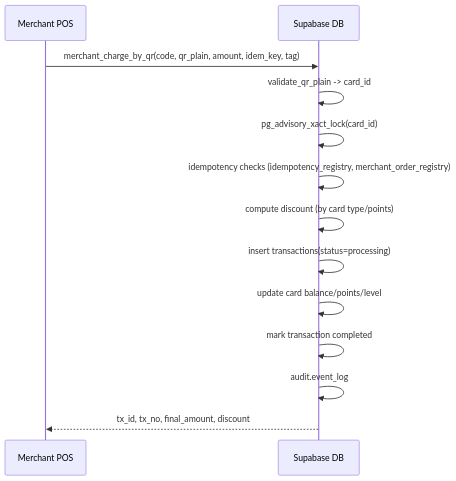
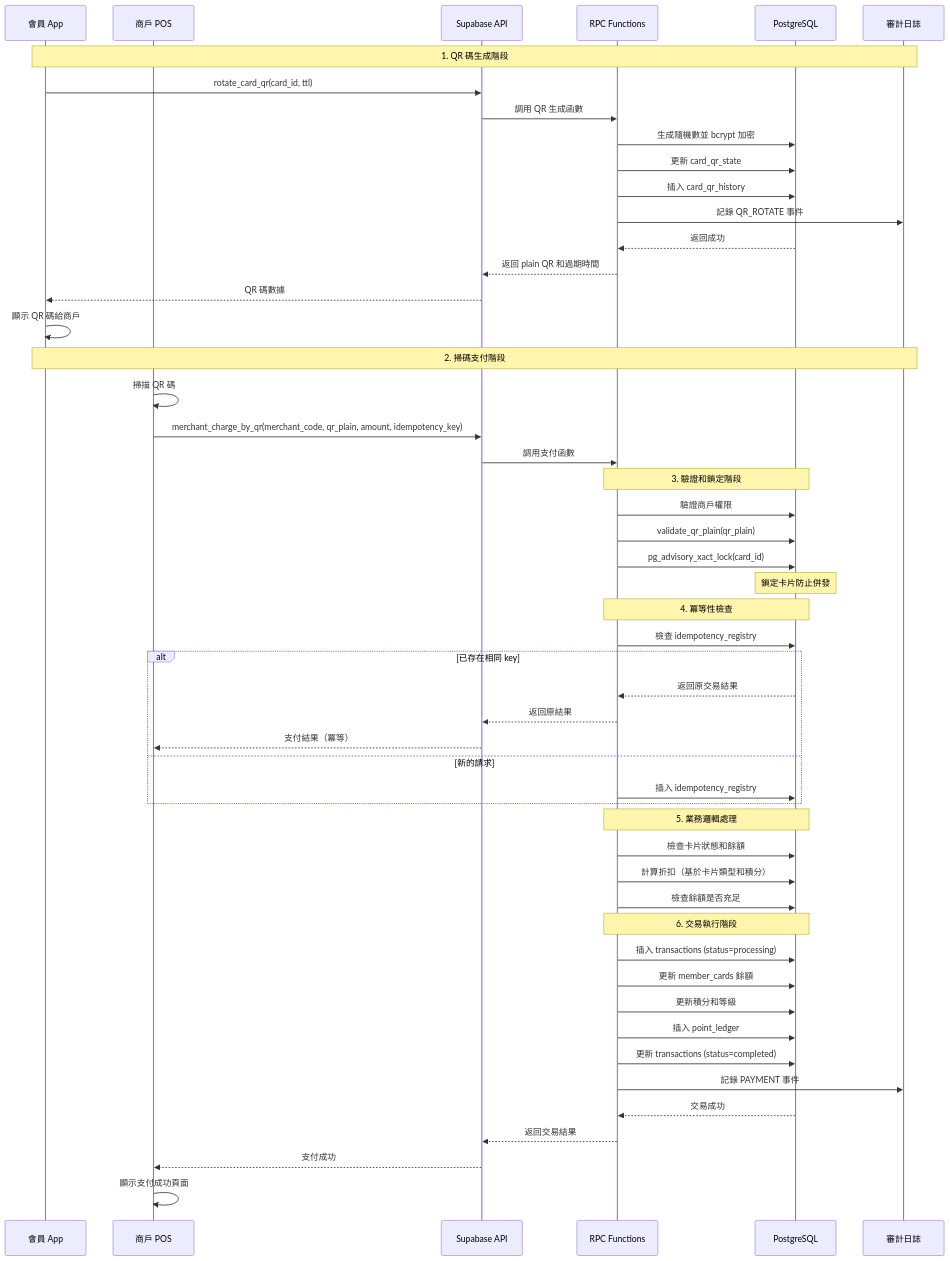
The fourth of 10 diagrams in docs/Architecture.md (superkevinyen/MemberPaymentSystem), drawn with Mermaid before and after one commit. The commit also changed other lines of this file and 10 other files, not shown here.

````diff
--- a/docs/Architecture.md
+++ b/docs/Architecture.md
@@ -63,16 +463,60 @@
 ```mermaid
 sequenceDiagram
-  participant POS as Merchant POS
-  participant DB as Supabase DB
-
-  POS->>DB: merchant_charge_by_qr(code, qr_plain, amount, idem_key, tag)
-  DB->>DB: validate_qr_plain -> card_id
-  DB->>DB: pg_advisory_xact_lock(card_id)
-  DB->>DB: idempotency checks (idempotency_registry, merchant_order_registry)
-  DB->>DB: compute discount (by card type/points)
-  DB->>DB: insert transactions(status=processing)
-  DB->>DB: update card balance/points/level
-  DB->>DB: mark transaction completed
-  DB->>DB: audit.event_log
-  DB-->>POS: tx_id, tx_no, final_amount, discount
+    participant Member as 會員 App
+    participant POS as 商戶 POS
+    participant API as Supabase API
+    participant RPC as RPC Functions
+    participant DB as PostgreSQL
+    participant Audit as 審計日誌
+    
+    Note over Member, Audit: 1. QR 碼生成階段
+    Member->>API: rotate_card_qr(card_id, ttl)
+    API->>RPC: 調用 QR 生成函數
+    RPC->>DB: 生成隨機數並 bcrypt 加密
+    RPC->>DB: 更新 card_qr_state
+    RPC->>DB: 插入 card_qr_history
+    RPC->>Audit: 記錄 QR_ROTATE 事件
+    DB-->>RPC: 返回成功
+    RPC-->>API: 返回 plain QR 和過期時間
+    API-->>Member: QR 碼數據
+    Member->>Member: 顯示 QR 碼給商戶
+    
+    Note over Member, Audit: 2. 掃碼支付階段
+    POS->>POS: 掃描 QR 碼
+    POS->>API: merchant_charge_by_qr(merchant_code, qr_plain, amount, idempotency_key)
+    API->>RPC: 調用支付函數
+    
+    Note over RPC, DB: 3. 驗證和鎖定階段
+    RPC->>DB: 驗證商戶權限
+    RPC->>DB: validate_qr_plain(qr_plain)
+    RPC->>DB: pg_advisory_xact_lock(card_id)
+    Note over DB: 鎖定卡片防止併發
+    
+    Note over RPC, DB: 4. 冪等性檢查
+    RPC->>DB: 檢查 idempotency_registry
+    alt 已存在相同 key
+        DB-->>RPC: 返回原交易結果
+        RPC-->>API: 返回原結果
+        API-->>POS: 支付結果（冪等）
+    else 新的請求
+        RPC->>DB: 插入 idempotency_registry
+    end
+    
+    Note over RPC, DB: 5. 業務邏輯處理
+    RPC->>DB: 檢查卡片狀態和餘額
+    RPC->>DB: 計算折扣（基於卡片類型和積分）
+    RPC->>DB: 檢查餘額是否充足
+    
+    Note over RPC, DB: 6. 交易執行階段
+    RPC->>DB: 插入 transactions (status=processing)
+    RPC->>DB: 更新 member_cards 餘額
+    RPC->>DB: 更新積分和等級
+    RPC->>DB: 插入 point_ledger
+    RPC->>DB: 更新 transactions (status=completed)
+    RPC->>Audit: 記錄 PAYMENT 事件
+    
+    DB-->>RPC: 交易成功
+    RPC-->>API: 返回交易結果
+    API-->>POS: 支付成功
+    POS->>POS: 顯示支付成功頁面
 ```
````
